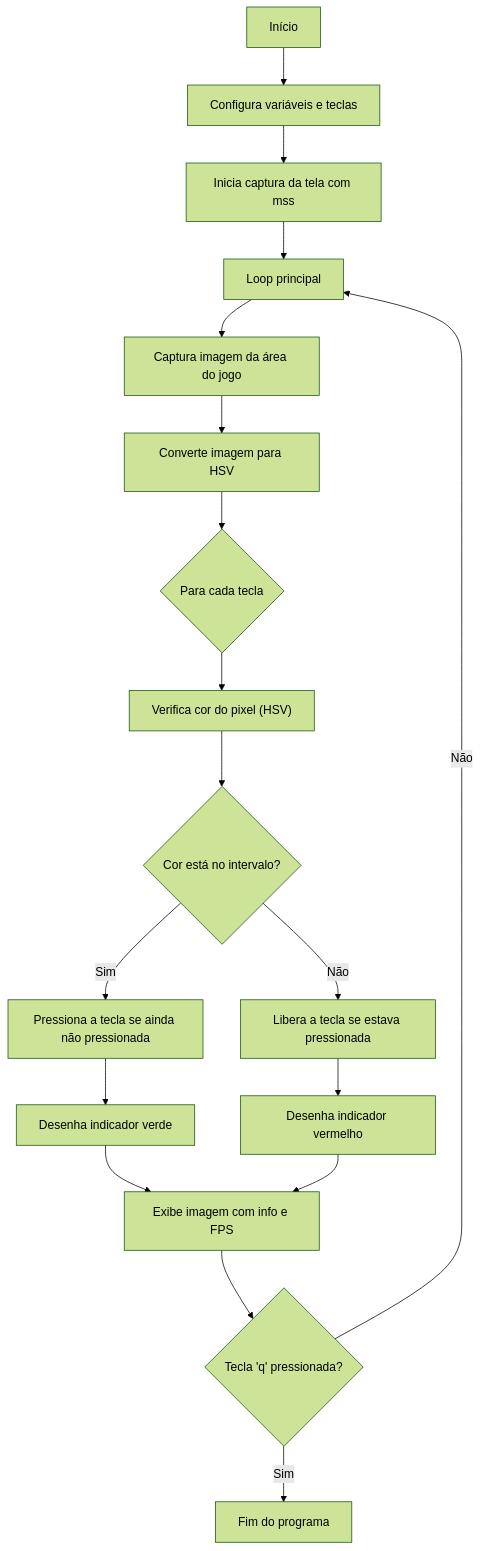
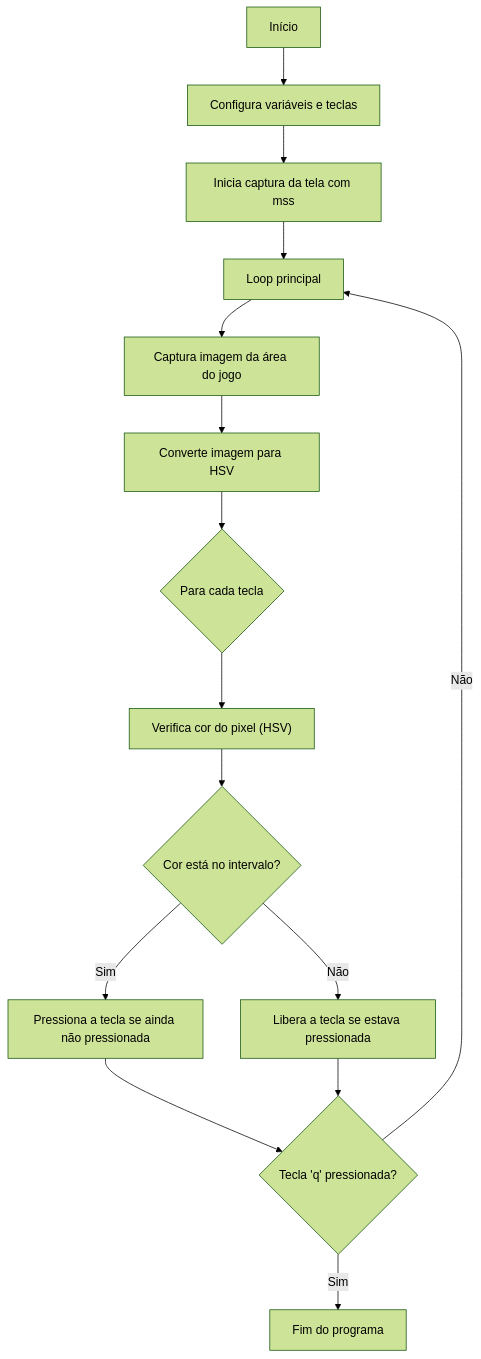
One commit to asegnibo/bot_guitar_flash changed the diagram in README.md. Above: the diagram before and after it, drawn with Mermaid (forest theme). The commit also changed other lines of this file, not shown here.

````diff
--- a/README.md
+++ b/README.md
@@ -50,26 +50,18 @@
 ```mermaid
 flowchart TD
     A[Início] --> B["Configura variáveis e teclas"]
     B --> C["Inicia captura da tela com mss"]
     C --> D["Loop principal"]
-
     D --> E["Captura imagem da área do jogo"]
     E --> F["Converte imagem para HSV"]
-
     F --> G{"Para cada tecla"}
     G --> H["Verifica cor do pixel (HSV)"]
     H --> I{"Cor está no intervalo?"}
-
     I -- Sim --> J["Pressiona a tecla se ainda não pressionada"]
     I -- Não --> K["Libera a tecla se estava pressionada"]
-
-    J --> L["Desenha indicador verde"]
-    K --> M["Desenha indicador vermelho"]
-    L --> N["Exibe imagem com info e FPS"]
-    M --> N
-
-    N --> O{"Tecla 'q' pressionada?"}
+    J --> O{"Tecla 'q' pressionada?"}
+    K --> O{"Tecla 'q' pressionada?"}
     O -- Não --> D
     O -- Sim --> P["Fim do programa"]
 
 ```
````
